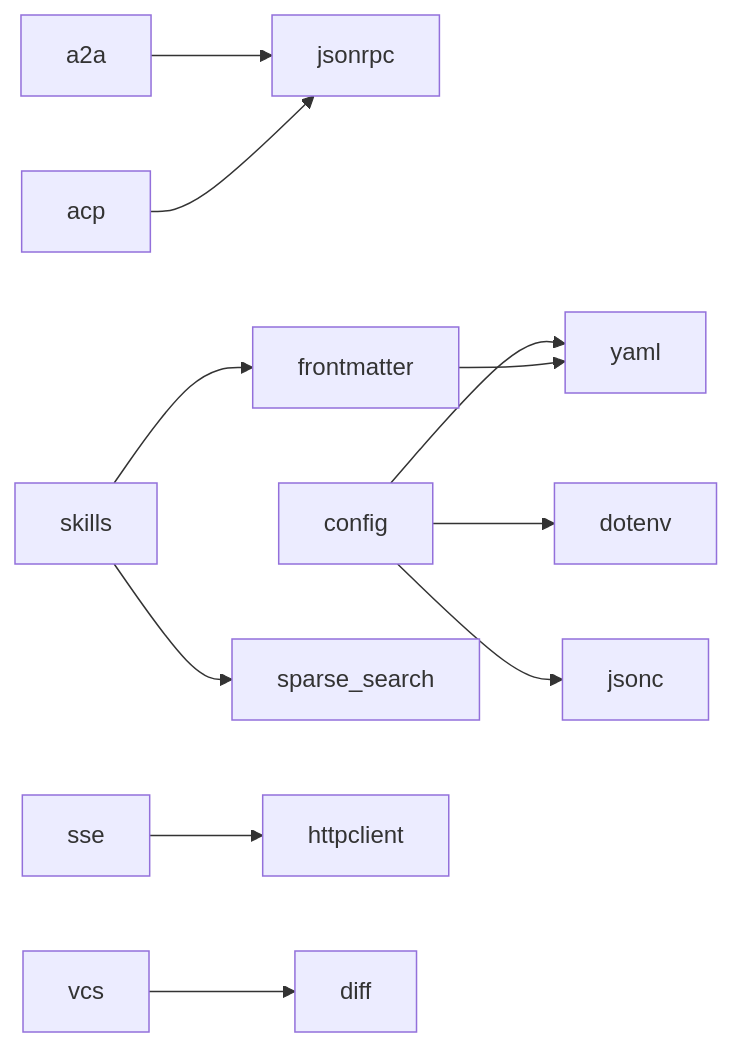
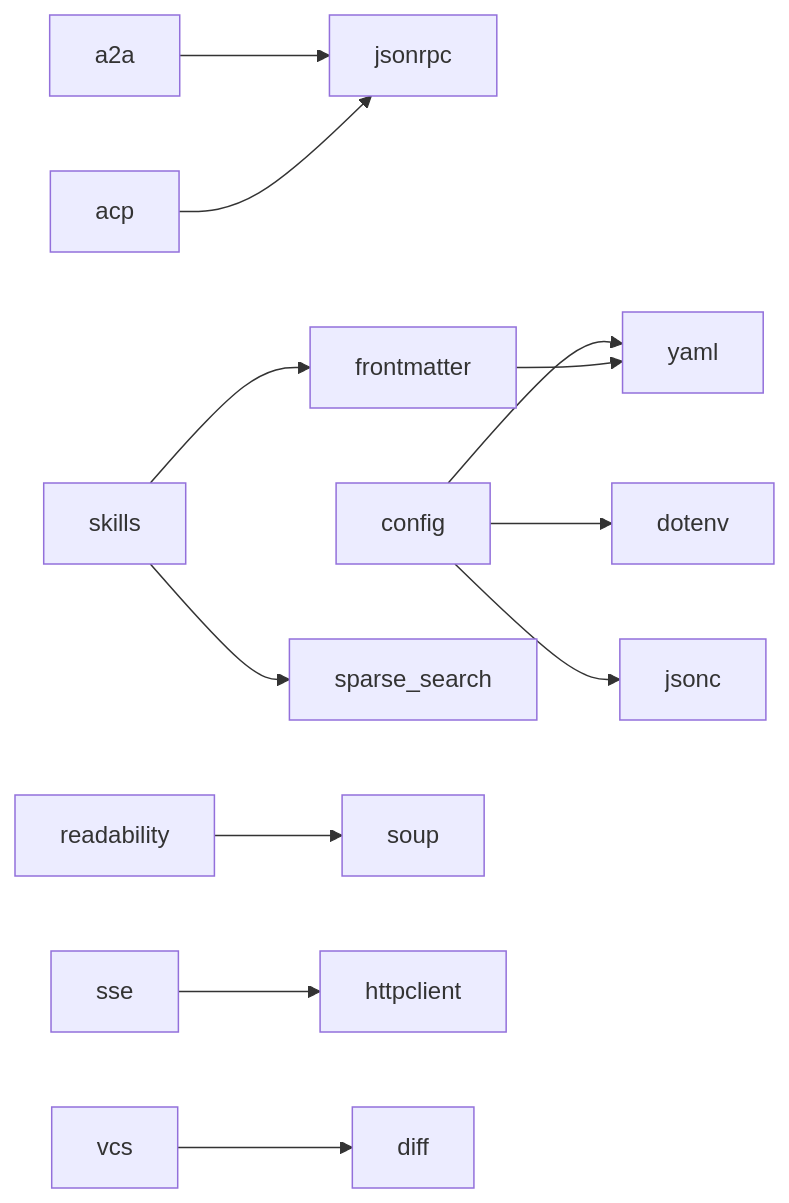
One commit to Oaklight/zerodep changed the diagram in docs/modules/index.md. Above: the diagram before and after it, drawn with Mermaid. The commit also changed other lines of this file, not shown here.

````diff
--- a/docs/modules/index.md
+++ b/docs/modules/index.md
@@ -95,13 +142,14 @@
 ```mermaid
 graph LR
     a2a --> jsonrpc
     acp --> jsonrpc
     config --> dotenv
     config --> yaml
     config --> jsonc
     frontmatter --> yaml
     skills --> frontmatter
     skills --> sparse_search
+    readability --> soup
     sse --> httpclient
     vcs --> diff
 ```
````
